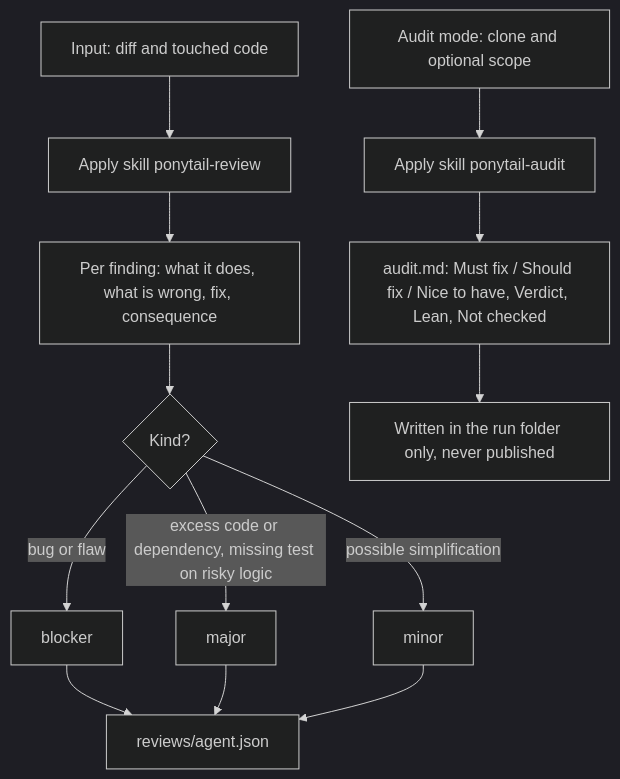
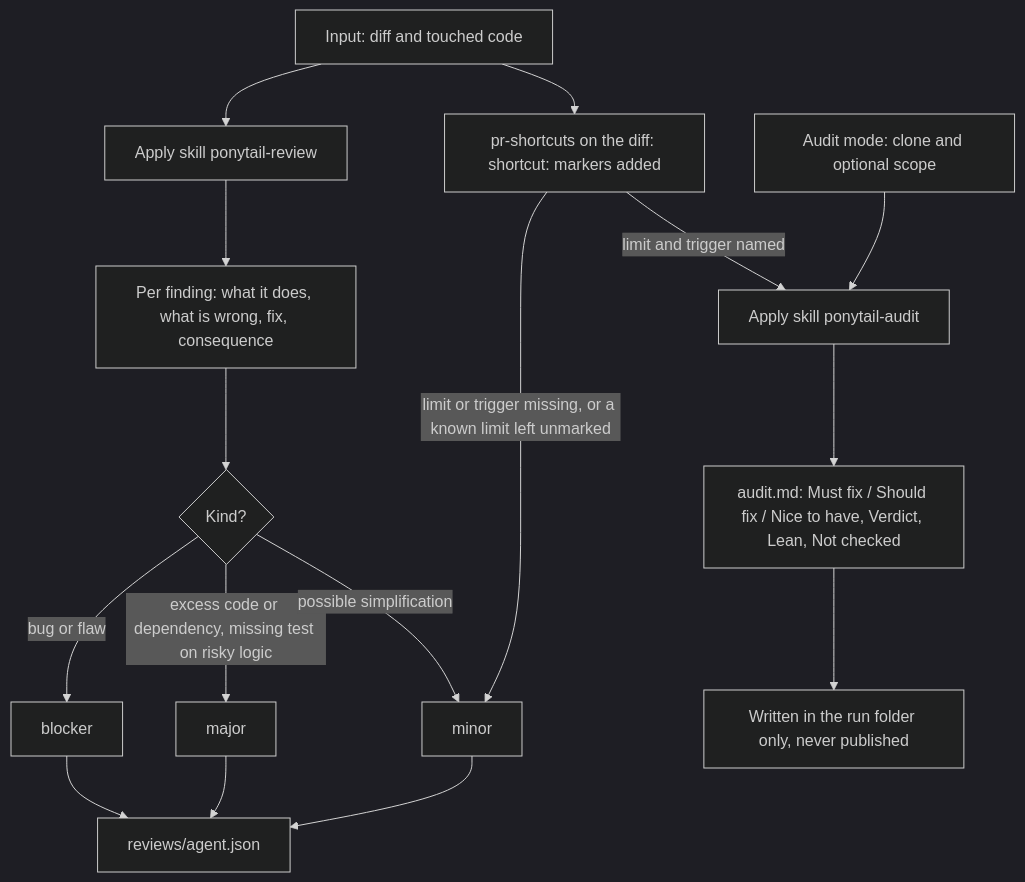
One commit to nicolasmondain/adorno changed the eighth of 11 diagrams in src/agents/review/SCHEMA.md. Above: the diagram before and after it, drawn with Mermaid (dark theme). The commit also changed 58 other files, not shown here.

````diff
--- a/src/agents/review/SCHEMA.md
+++ b/src/agents/review/SCHEMA.md
@@ -121,15 +121,18 @@
 ```mermaid
 flowchart TD
   A["Input: diff and touched code"] --> B["Apply skill ponytail-review"]
   B --> C["Per finding: what it does, what is wrong, fix, consequence"]
   C --> D{"Kind?"}
   D -->|"bug or flaw"| E["blocker"]
   D -->|"excess code or dependency, missing test on risky logic"| F["major"]
   D -->|"possible simplification"| G["minor"]
+  A --> S["pr-shortcuts on the diff: shortcut: markers added"]
+  S -->|"limit or trigger missing, or a known limit left unmarked"| G
+  S -->|"limit and trigger named"| N["a decision, not a finding"]
   E --> H["reviews/agent.json"]
   F --> H
   G --> H
   M["Audit mode: clone and optional scope"] --> N["Apply skill ponytail-audit"]
   N --> O["audit.md: Must fix / Should fix / Nice to have, Verdict, Lean, Not checked"]
   O --> P["Written in the run folder only, never published"]
 ```
````
